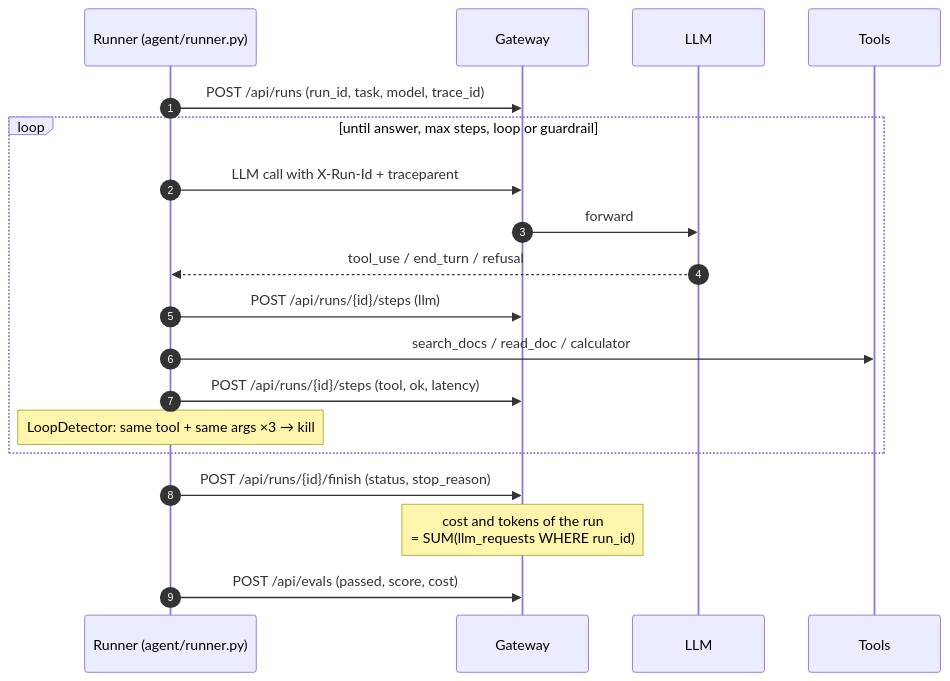
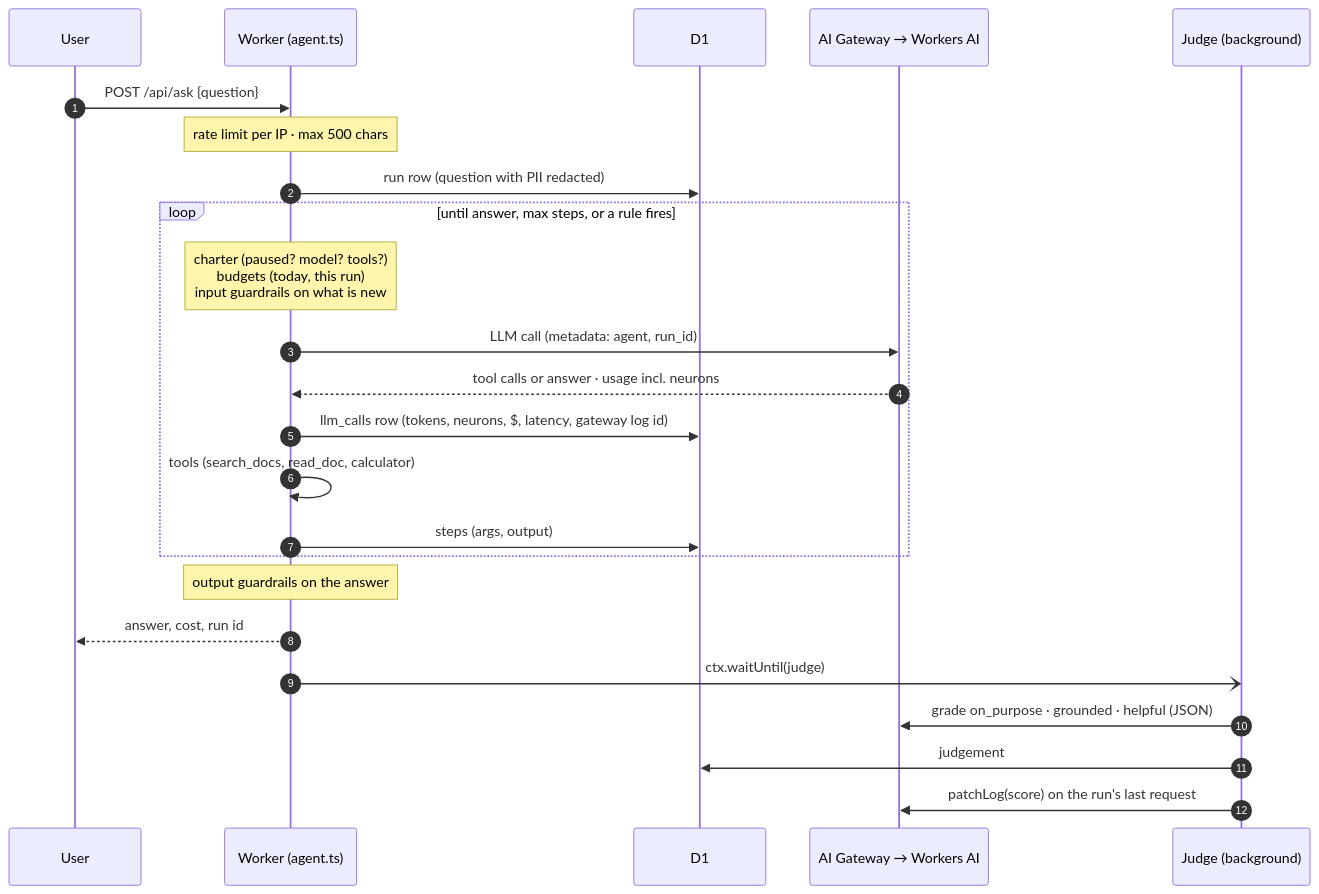
The second of 3 diagrams in doc/architecture.md (manu-gt-hub/llmops-platform), drawn with Mermaid before and after one commit. The commit also changed other lines of this file and 121 other files, not shown here.

````diff
--- a/doc/architecture.md
+++ b/doc/architecture.md
@@ -123,22 +47,27 @@
 ```mermaid
 sequenceDiagram
     autonumber
-    participant R as Runner (agent/runner.py)
-    participant G as Gateway
-    participant L as LLM
-    participant T as Tools
+    participant U as User
+    participant W as Worker (agent.ts)
+    participant DB as D1
+    participant G as AI Gateway → Workers AI
+    participant J as Judge (background)
 
-    R->>G: POST /api/runs (run_id, task, model, trace_id)
-    loop until answer, max steps, loop or guardrail
-        R->>G: LLM call with X-Run-Id + traceparent
-        G->>L: forward
-        L-->>R: tool_use / end_turn / refusal
-        R->>G: POST /api/runs/{id}/steps (llm)
-        R->>T: search_docs / read_doc / calculator
-        R->>G: POST /api/runs/{id}/steps (tool, ok, latency)
-        Note over R: LoopDetector: same tool + same args ×3 → kill
+    U->>W: POST /api/ask {question}
+    Note over W: rate limit per IP · max 500 chars
+    W->>DB: run row (question with PII redacted)
+    loop until answer, max steps, or a rule fires
+        Note over W: charter (paused? model? tools?)<br/>budgets (today, this run)<br/>input guardrails on what is new
+        W->>G: LLM call (metadata: agent, run_id)
+        G-->>W: tool calls or answer · usage incl. neurons
+        W->>DB: llm_calls row (tokens, neurons, $, latency, gateway log id)
+        W->>W: tools (search_docs, read_doc, calculator)
+        W->>DB: steps (args, output)
     end
-    R->>G: POST /api/runs/{id}/finish (status, stop_reason)
-    Note over G: cost and tokens of the run<br/>= SUM(llm_requests WHERE run_id)
-    R->>G: POST /api/evals (passed, score, cost)
+    Note over W: output guardrails on the answer
+    W-->>U: answer, cost, run id
+    W-)J: ctx.waitUntil(judge)
+    J->>G: grade on_purpose · grounded · helpful (JSON)
+    J->>DB: judgement
+    J->>G: patchLog(score) on the run's last request
 ```
````
